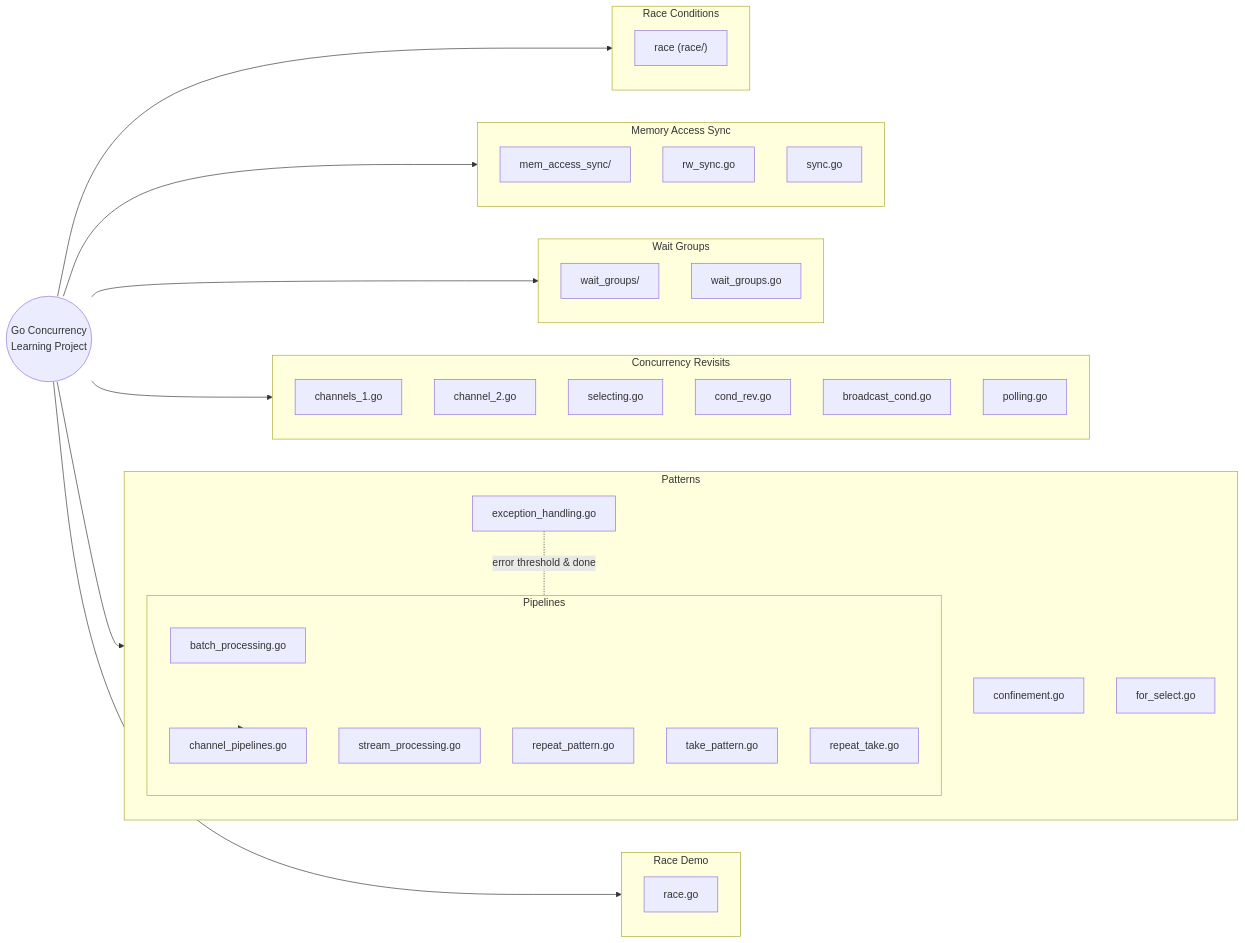
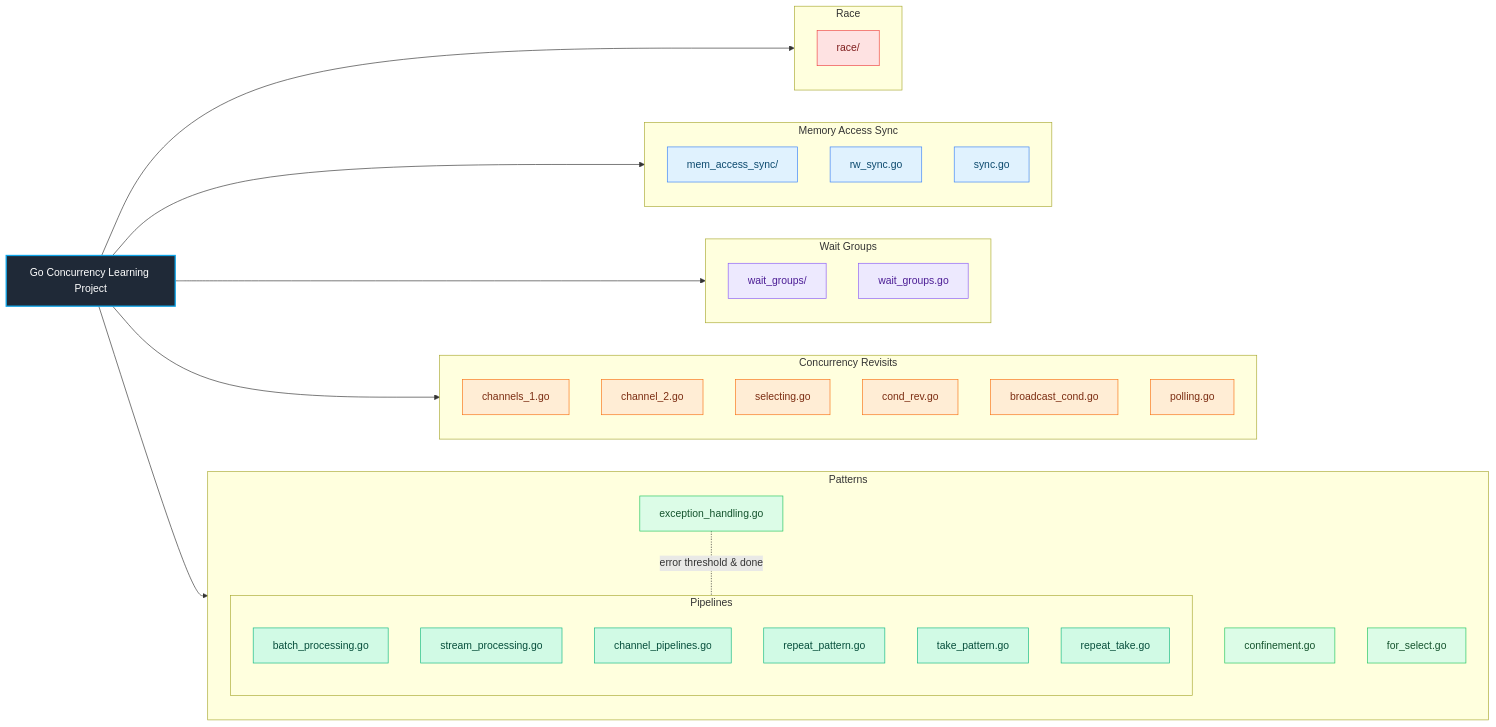
One commit to Bhuwan-web/go-concurrency-patterns changed the first of 3 diagrams in README.md. Above: the diagram before and after it, drawn with Mermaid.

Commit message:
update: readme

````diff
--- a/README.md
+++ b/README.md
@@ -15,62 +15,65 @@
 ```mermaid
 flowchart LR
-  root((Go Concurrency\nLearning Project))
+  %% Classes for color grading (friendly to GitHub Mermaid)
+  classDef hub fill:#1f2937,stroke:#0ea5e9,stroke-width:2px,color:#ffffff
+  classDef race fill:#fee2e2,stroke:#ef4444,color:#7f1d1d
+  classDef mem fill:#e0f2fe,stroke:#3b82f6,color:#0c4a6e
+  classDef wait fill:#ede9fe,stroke:#8b5cf6,color:#4c1d95
+  classDef revisits fill:#ffedd5,stroke:#f97316,color:#7c2d12
+  classDef patterns fill:#dcfce7,stroke:#22c55e,color:#14532d
+  classDef pipelines fill:#d1fae5,stroke:#10b981,color:#064e3b
+
+  root[Go Concurrency Learning Project]:::hub
 
   %% Group: Race
-  subgraph G1[Race Conditions]
+  subgraph G1[Race]
     direction TB
-    r1["race (race/)"]
+    r1[race/]
   end
 
   %% Group: Memory Sync
   subgraph G2[Memory Access Sync]
     direction TB
-    m1["mem_access_sync/"]
-    m1a["rw_sync.go"]
-    m1b["sync.go"]
+    m1[mem_access_sync/]
+    m1a[rw_sync.go]
+    m1b[sync.go]
   end
 
   %% Group: WaitGroups
   subgraph G3[Wait Groups]
     direction TB
-    w1["wait_groups/"]
-    w1a["wait_groups.go"]
+    w1[wait_groups/]
+    w1a[wait_groups.go]
   end
 
   %% Group: Concurrency Revisits
   subgraph G4[Concurrency Revisits]
     direction TB
-    c1["channels_1.go"]
-    c2["channel_2.go"]
-    c3["selecting.go"]
-    c4["cond_rev.go"]
-    c5["broadcast_cond.go"]
-    c6["polling.go"]
+    c1[channels_1.go]
+    c2[channel_2.go]
+    c3[selecting.go]
+    c4[cond_rev.go]
+    c5[broadcast_cond.go]
+    c6[polling.go]
   end
 
   %% Group: Patterns
   subgraph G5[Patterns]
     direction TB
-    p1["confinement.go"]
-    p2["for_select.go"]
-    p3["exception_handling.go"]
+    p1[confinement.go]
+    p2[for_select.go]
+    p3[exception_handling.go]
 
     %% Pipelines subgroup
     subgraph G5a[Pipelines]
       direction TB
-      pl1["batch_processing.go"]
-      pl2["stream_processing.go"]
-      pl3["channel_pipelines.go"]
-      pl4["repeat_pattern.go"]
-      pl5["take_pattern.go"]
-      pl6["repeat_take.go"]
+      pl1[batch_processing.go]
+      pl2[stream_processing.go]
+      pl3[channel_pipelines.go]
+      pl4[repeat_pattern.go]
+      pl5[take_pattern.go]
+      pl6[repeat_take.go]
     end
-  end
-
-  %% Group: Race (dedicated)
-  subgraph G6[Race Demo]
-    direction TB
-    rd1["race.go"]
   end
 
   %% Hub connections
@@ -79,15 +82,20 @@
   root --> G3
   root --> G4
   root --> G5
-  root --> G6
 
-  %% Optional: lightweight relationships
-  G5a --> pl3
+  %% Color grading assignments
+  class r1 race
+  class m1,m1a,m1b mem
+  class w1,w1a wait
+  class c1,c2,c3,c4,c5,c6 revisits
+  class p1,p2,p3 patterns
+  class pl1,pl2,pl3,pl4,pl5,pl6 pipelines
+
+  %% Optional: relationships
   p3 -. error threshold & done .- pl3
 
-  %% Clickable links (GitHub rendering supports links in many cases)
+  %% Clickable links
   click r1 "./race" "Open race/" _self
-  click rd1 "./race/race.go" "Open race.go" _self
   click m1 "./mem_access_sync" "Open mem_access_sync/" _self
   click m1a "./mem_access_sync/rw_sync.go" "Open rw_sync.go" _self
   click m1b "./mem_access_sync/sync.go" "Open sync.go" _self
````
